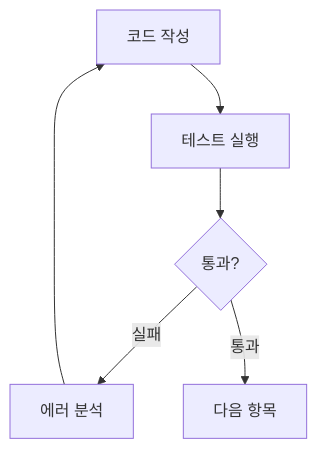
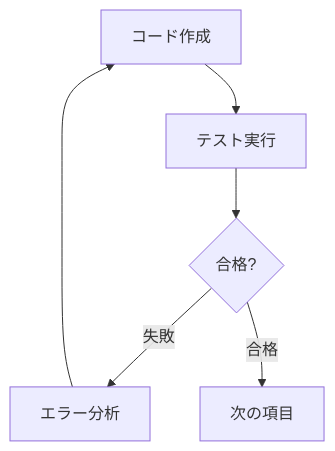
Before and after one commit to modu-ai/moai-adk: the second of 2 diagrams in docs-site/content/ja/core-concepts/harness-engineering.md, drawn with Mermaid. The commit also changed other lines of this file and 8 other files, not shown here.

````diff
--- a/docs-site/content/ja/core-concepts/harness-engineering.md
+++ b/docs-site/content/ja/core-concepts/harness-engineering.md
@@ -85,8 +85,8 @@
 ```mermaid
 graph TD
-    A["코드 작성"] --> B["테스트 실행"]
-    B --> C{"통과?"}
-    C -->|"실패"| D["에러 분석"]
+    A["コード作成"] --> B["テスト実行"]
+    B --> C{"合格?"}
+    C -->|"失敗"| D["エラー分析"]
     D --> A
-    C -->|"통과"| E["다음 항목"]
+    C -->|"合格"| E["次の項目"]
 ```
````
